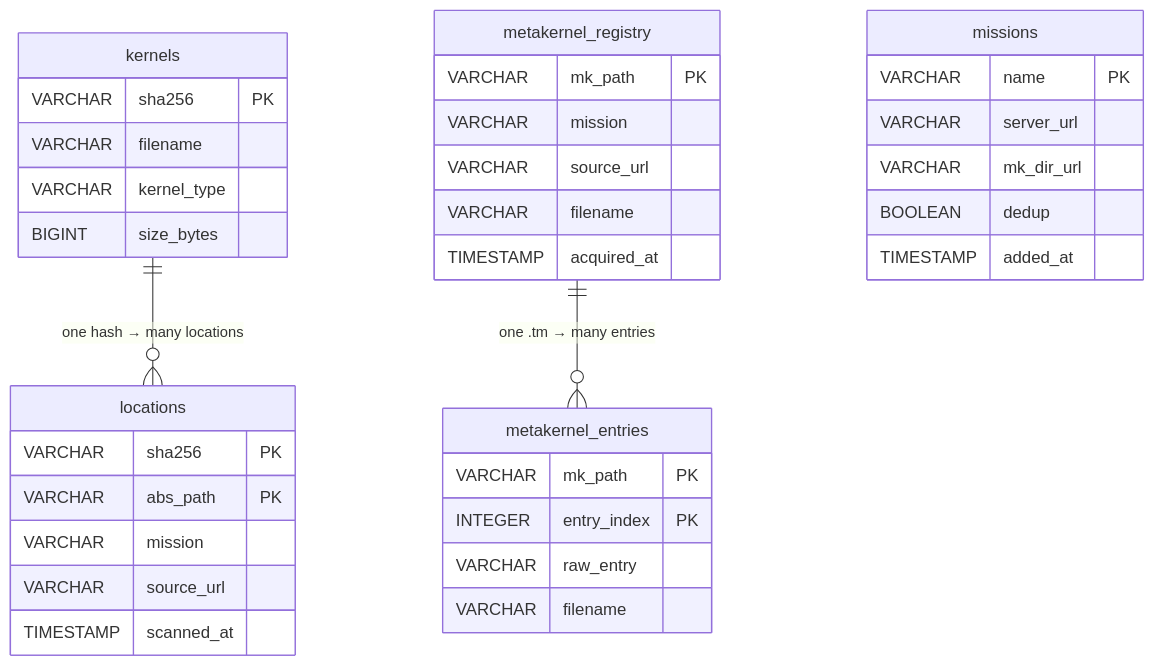
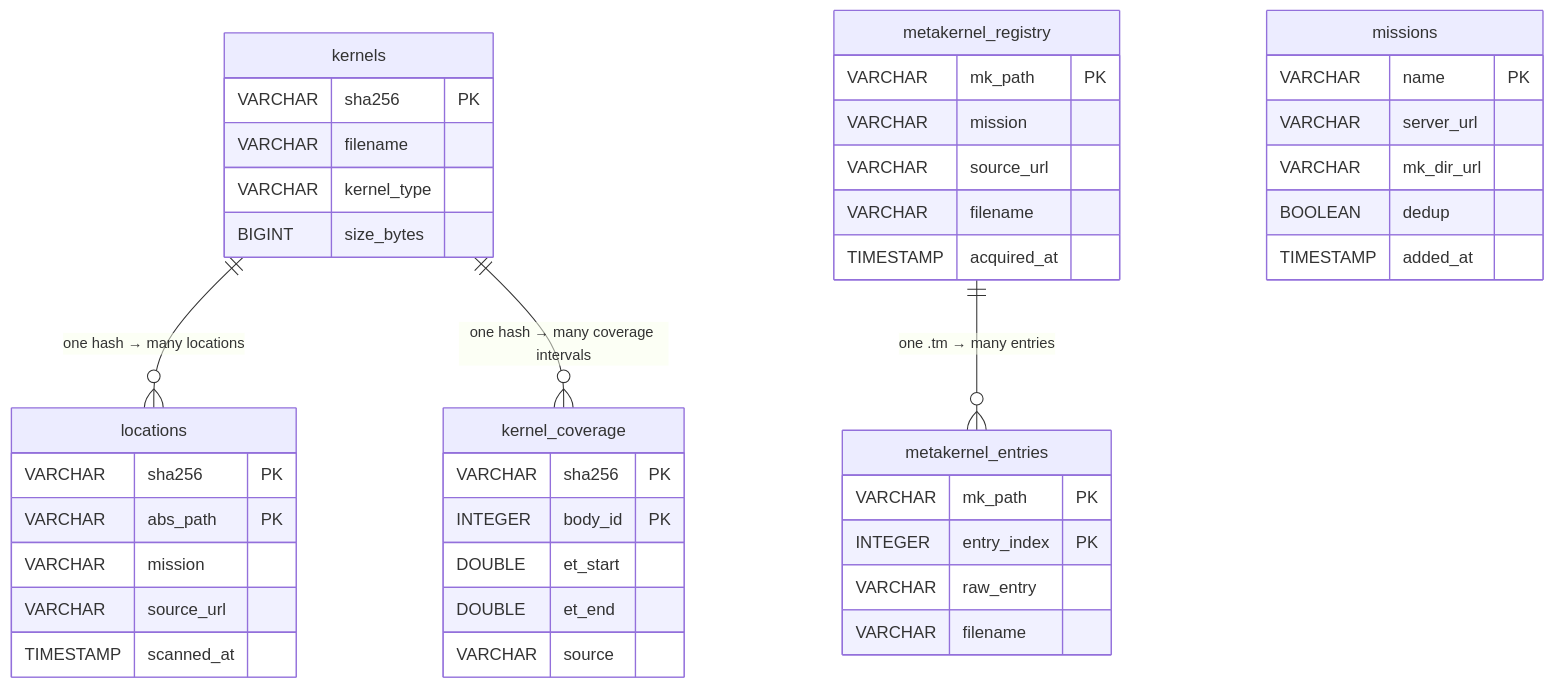
The first of 2 diagrams in docs/design.qmd (michaelaye/spice-kernel-db), drawn with Mermaid before and after one commit. The commit also changed other lines of this file and 6 other files, not shown here.

````diff
--- a/docs/design.qmd
+++ b/docs/design.qmd
@@ -10,38 +10,46 @@
 ```{mermaid}
 erDiagram
     kernels {
         VARCHAR sha256 PK
         VARCHAR filename
         VARCHAR kernel_type
         BIGINT size_bytes
     }
     locations {
         VARCHAR sha256 PK
         VARCHAR abs_path PK
         VARCHAR mission
         VARCHAR source_url
         TIMESTAMP scanned_at
     }
     metakernel_entries {
         VARCHAR mk_path PK
         INTEGER entry_index PK
         VARCHAR raw_entry
         VARCHAR filename
     }
     metakernel_registry {
         VARCHAR mk_path PK
         VARCHAR mission
         VARCHAR source_url
         VARCHAR filename
         TIMESTAMP acquired_at
     }
     missions {
         VARCHAR name PK
         VARCHAR server_url
         VARCHAR mk_dir_url
         BOOLEAN dedup
         TIMESTAMP added_at
     }
+    kernel_coverage {
+        VARCHAR sha256 PK
+        INTEGER body_id PK
+        DOUBLE et_start
+        DOUBLE et_end
+        VARCHAR source
+    }
     kernels ||--o{ locations : "one hash → many locations"
+    kernels ||--o{ kernel_coverage : "one hash → many coverage intervals"
     metakernel_registry ||--o{ metakernel_entries : "one .tm → many entries"
 ```
````
